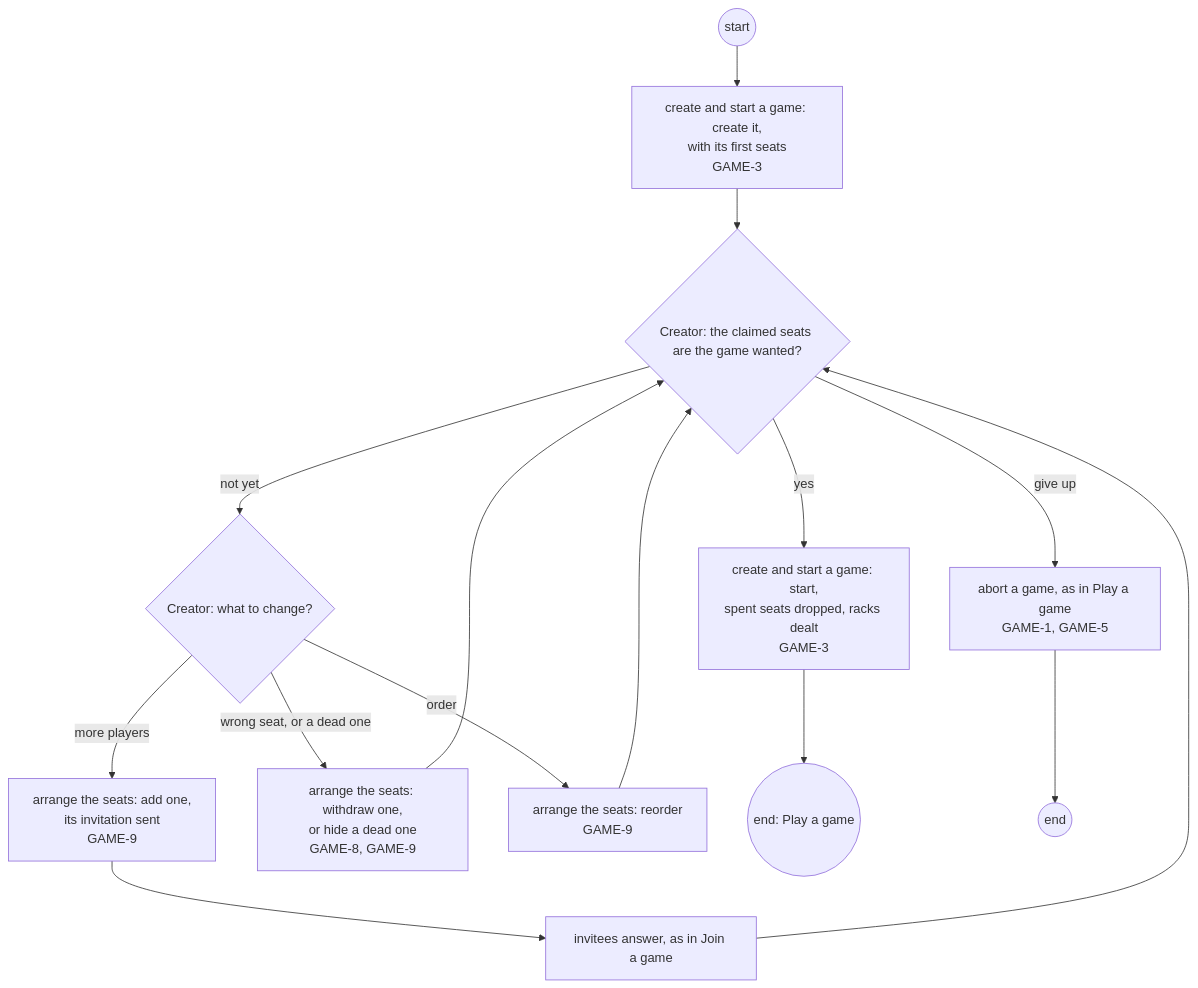
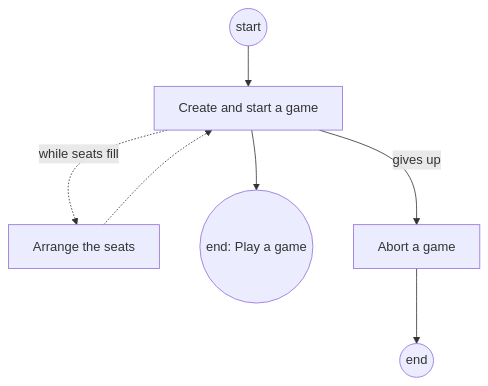
The seventh of 29 diagrams in docs/changes/workstreams/application-game-architecture/71-one-game-model/71-functional.md (delphside/programme), drawn with Mermaid before and after one commit. The commit also changed other lines of this file, not shown here.

````diff
--- a/docs/changes/workstreams/application-game-architecture/71-one-game-model/71-functional.md
+++ b/docs/changes/workstreams/application-game-architecture/71-one-game-model/71-functional.md
@@ -184,17 +178,9 @@
 ```mermaid
 flowchart TD
-  s0((start)) --> a1["create and start a game: create it,<br/>with its first seats<br/>GAME-3"]
-  a1 --> d1{"Creator: the claimed seats are the game wanted?"}
-  d1 -- "not yet" --> d2{"Creator: what to change?"}
-  d2 -- more players --> a2["arrange the seats: add one,<br/>its invitation sent<br/>GAME-9"]
-  d2 -- "wrong seat, or a dead one" --> a3["arrange the seats: withdraw one,<br/>or hide a dead one<br/>GAME-8, GAME-9"]
-  d2 -- order --> a4["arrange the seats: reorder<br/>GAME-9"]
-  a2 --> w1["invitees answer, as in Join a game"]
-  a3 --> d1
-  a4 --> d1
-  w1 --> d1
-  d1 -- yes --> a5["create and start a game: start,<br/>spent seats dropped, racks dealt<br/>GAME-3"]
-  d1 -- "give up" --> a6["abort a game, as in Play a game<br/>GAME-1, GAME-5"]
-  a5 --> e0((end: Play a game))
-  a6 --> e1((end))
+  s0((start)) --> a1["Create and start a game"]
+  a1 -. "while seats fill" .-> a2["Arrange the seats"]
+  a2 -.-> a1
+  a1 --> e0((end: Play a game))
+  a1 -- "gives up" --> a4["Abort a game"]
+  a4 --> e1((end))
 ```
````
